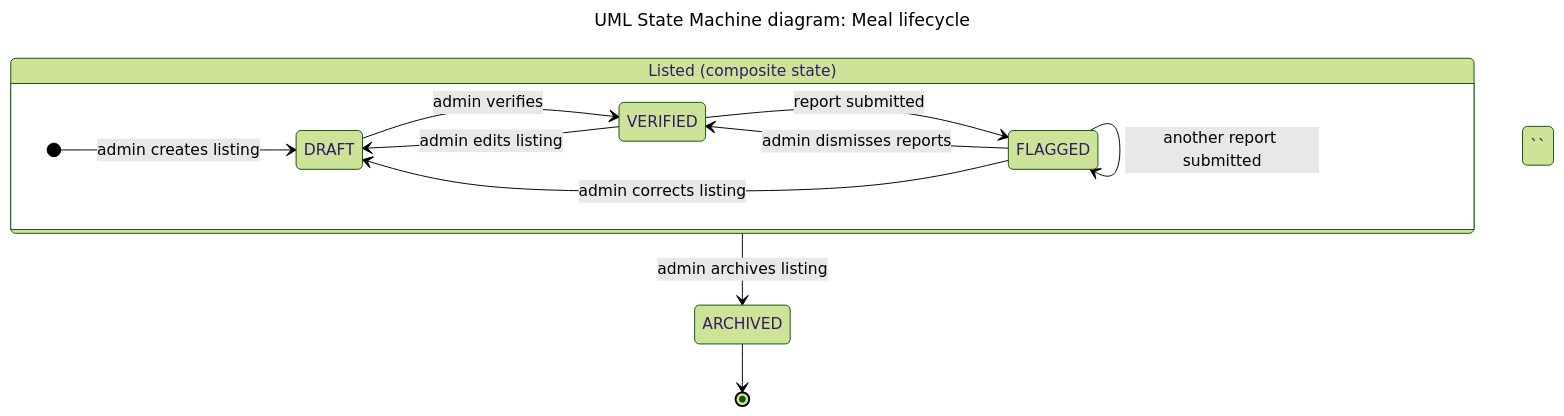
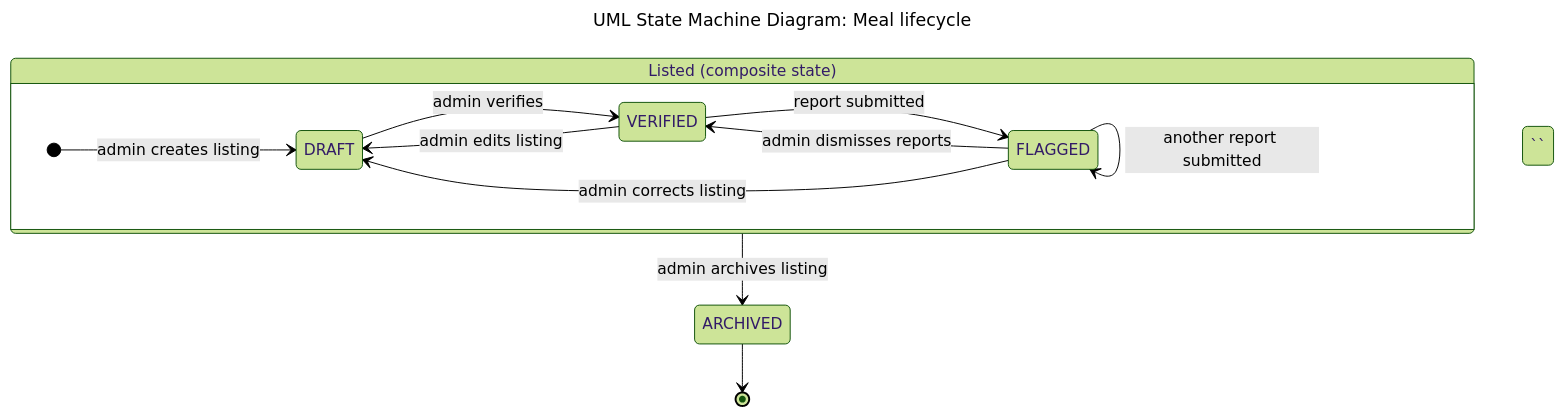
One commit to edoygobole29-ops/Team-Doy changed the diagram in architecture/Team-Doy/state-machine.md. Above: the diagram before and after it, drawn with Mermaid (forest theme).

````diff
--- a/architecture/Team-Doy/state-machine.md
+++ b/architecture/Team-Doy/state-machine.md
@@ -5,23 +5,23 @@
 ```mermaid
 ---
-title: "UML State Machine diagram: Meal lifecycle"
+title: "UML State Machine Diagram: Meal lifecycle"
 ---
 stateDiagram-v2
     direction TB
  
     state "Listed (composite state)" as Listed {
         direction LR
         [*] --> DRAFT : admin creates listing
         DRAFT --> VERIFIED : admin verifies
         VERIFIED --> FLAGGED : report submitted
         FLAGGED --> VERIFIED : admin dismisses reports
         FLAGGED --> DRAFT : admin corrects listing
         VERIFIED --> DRAFT : admin edits listing
         FLAGGED --> FLAGGED : another report submitted
     }
  
     Listed --> ARCHIVED : admin archives listing
     ARCHIVED --> [*]
 ``
 
 ```
````
